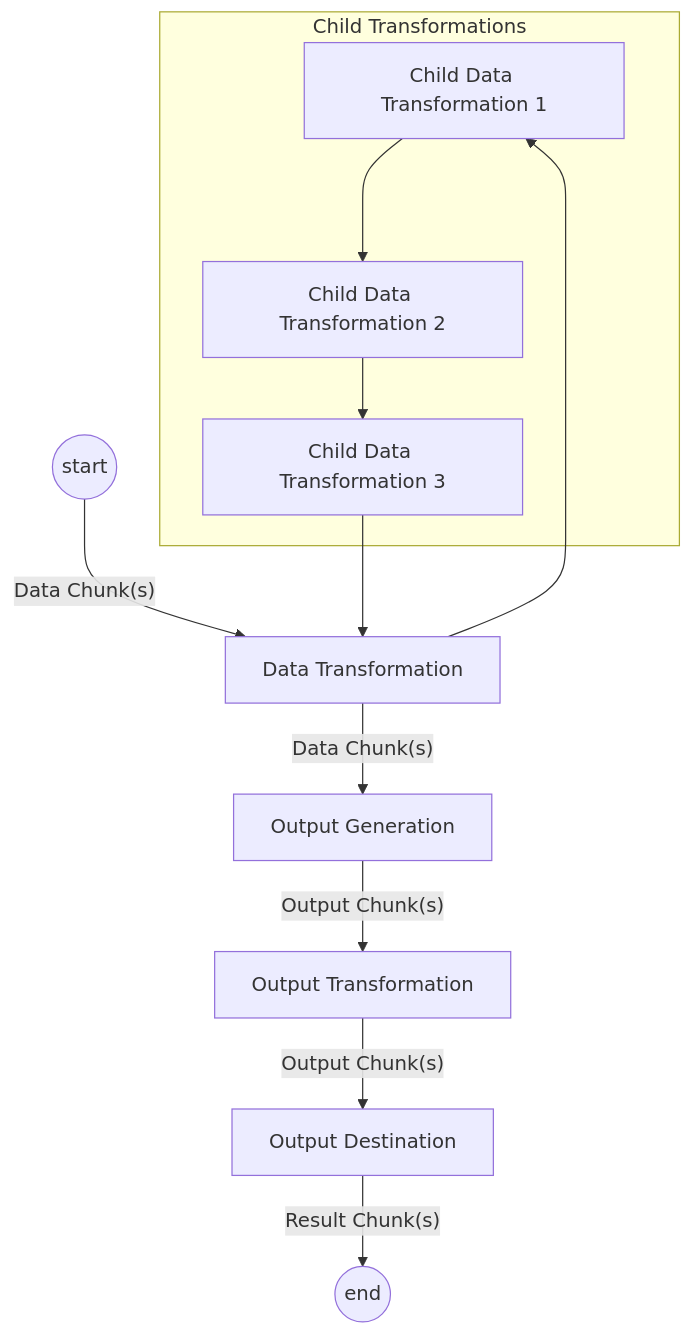
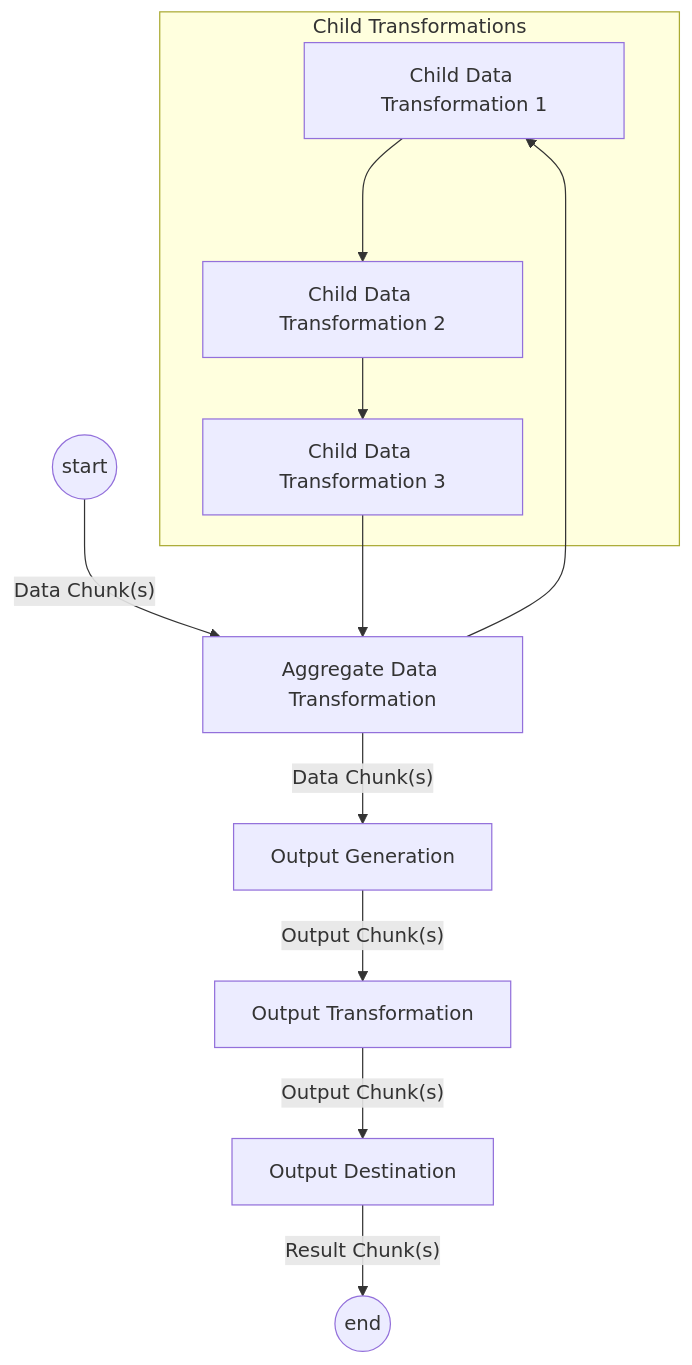
One commit to 4PointSolutions/FormsPipeline changed the second of 4 diagrams in README.md. Above: the diagram before and after it, drawn with Mermaid. The commit also changed other lines of this file, not shown here.

Commit message:
Clarified aggregate operations in README diagrams

````diff
--- a/README.md
+++ b/README.md
@@ -48,13 +48,13 @@
 ```mermaid
 graph TD
     subgraph Child Transformations
         B1[Child Data Transformation 1] ---> B2[Child Data Transformation 2] --> B3[Child Data Transformation 3]
     end
-    A((start))-->|"Data Chunk(s)"| B[Data Transformation]
+    A((start))-->|"Data Chunk(s)"| B[Aggregate Data Transformation]
     B -->|"Data Chunk(s)"| C[Output Generation]
     B --> B1
     B3 --> B
     C -->|"Output Chunk(s)"| D[Output Transformation]
     D -->|"Output Chunk(s)"| E[Output Destination]
     E -->|"Result Chunk(s)"| F((end))
 ```
````
